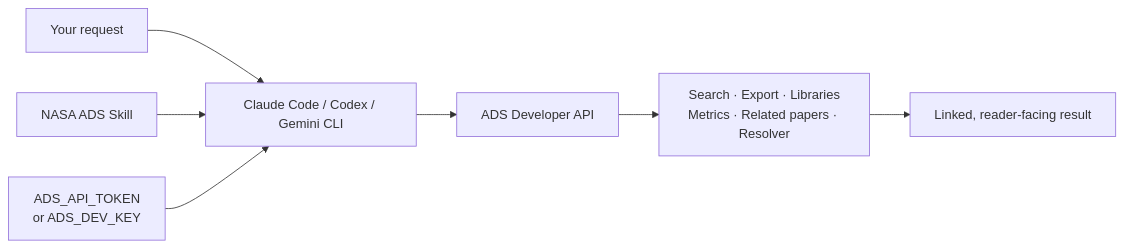
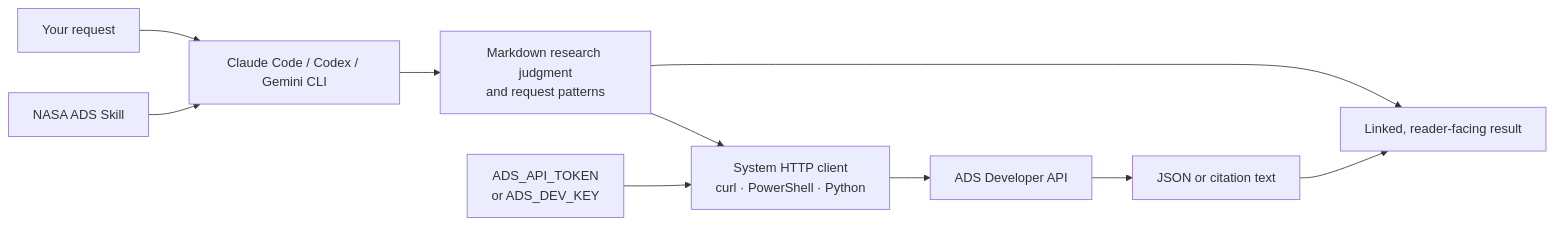
Before and after one commit to SukiYume/nasa-ads-skill: the diagram in README.md, drawn with Mermaid. The commit also changed other lines of this file and 5 other files, not shown here.

````diff
--- a/README.md
+++ b/README.md
@@ -57,9 +72,12 @@
 ```mermaid
 flowchart LR
     A["Your request"] --> B["Claude Code / Codex / Gemini CLI"]
     S["NASA ADS Skill"] --> B
-    T["ADS_API_TOKEN<br/>or ADS_DEV_KEY"] --> B
-    B --> C["ADS Developer API"]
-    C --> D["Search · Export · Libraries<br/>Metrics · Related papers · Resolver"]
-    D --> E["Linked, reader-facing result"]
+    B --> M["Markdown research judgment<br/>and request patterns"]
+    M --> H["System HTTP client<br/>curl · PowerShell · Python"]
+    T["ADS_API_TOKEN<br/>or ADS_DEV_KEY"] --> H
+    H --> C["ADS Developer API"]
+    C --> D["JSON or citation text"]
+    M --> E["Linked, reader-facing result"]
+    D --> E
 ```
````
